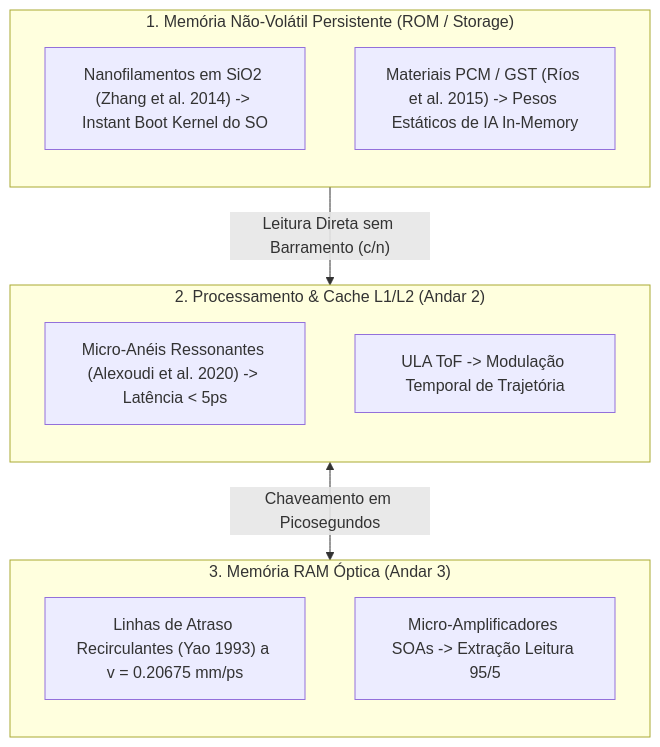
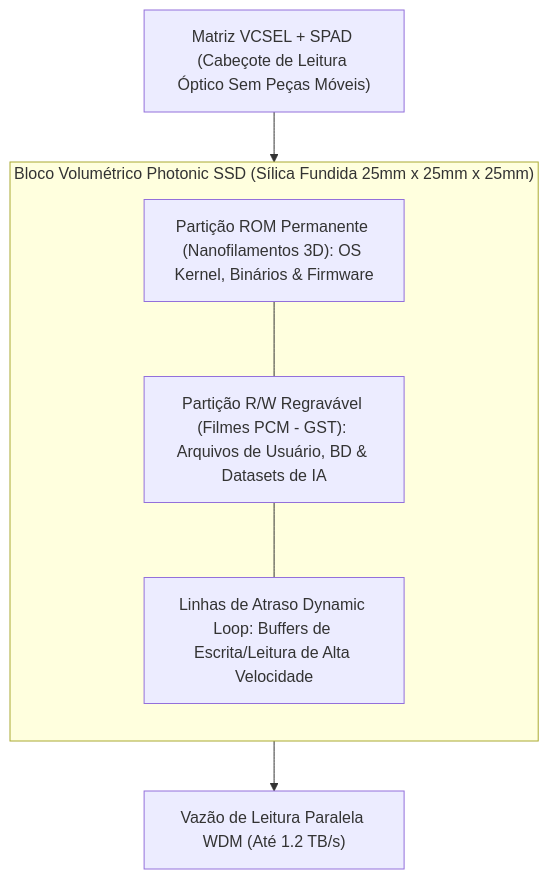
Before and after one commit to Roliveira96/SilicaCore: the diagram in docs/papers/whitepaper-v1.md, drawn with Mermaid. The commit also changed other lines of this file and 6 other files, not shown here.

Commit message:
feat(storage): adiciona arquitetura Photonic SSD para armazenamento em massa em vidro de sílica (Project Silica/PCM)

````diff
--- a/docs/papers/whitepaper-v1.md
+++ b/docs/papers/whitepaper-v1.md
@@ -57,23 +46,15 @@
 ```mermaid
 flowchart TD
-    subgraph MemoriaNaoVolatil["1. Memória Não-Volátil Persistente (ROM / Storage)"]
+    subgraph CuboSSD["Bloco Volumétrico Photonic SSD (Sílica Fundida 25mm x 25mm x 25mm)"]
         direction TB
-        ROM1["Nanofilamentos em SiO2 (Zhang et al. 2014) -> Instant Boot Kernel do SO"]
-        ROM2["Materiais PCM / GST (Ríos et al. 2015) -> Pesos Estáticos de IA In-Memory"]
+        ParticaoROM["Partição ROM Permanente (Nanofilamentos 3D): OS Kernel, Binários & Firmware"]
+        ParticaoPCM["Partição R/W Regravável (Filmes PCM - GST): Arquivos de Usuário, BD & Datasets de IA"]
+        ParticaoCache["Linhas de Atraso Dynamic Loop: Buffers de Escrita/Leitura de Alta Velocidade"]
+        
+        ParticaoROM --- ParticaoPCM
+        ParticaoPCM --- ParticaoCache
     end
 
-    subgraph CacheEULA["2. Processamento & Cache L1/L2 (Andar 2)"]
-        direction TB
-        CacheL1["Micro-Anéis Ressonantes (Alexoudi et al. 2020) -> Latência < 5ps"]
-        ULAToF["ULA ToF -> Modulação Temporal de Trajetória"]
-    end
-
-    subgraph RAMOptica["3. Memória RAM Óptica (Andar 3)"]
-        direction TB
-        RAMLoop["Linhas de Atraso Recirculantes (Yao 1993) a v = 0.20675 mm/ps"]
-        SOA["Micro-Amplificadores SOAs -> Extração Leitura 95/5"]
-    end
-
-    MemoriaNaoVolatil -- "Leitura Direta sem Barramento (c/n)" --> CacheEULA
-    CacheEULA <--> |"Chaveamento em Picosegundos"| RAMOptica
+    CabecoteLeitura["Matriz VCSEL + SPAD (Cabeçote de Leitura Óptico Sem Peças Móveis)"] --> CuboSSD
+    CuboSSD --> OutputData["Vazão de Leitura Paralela WDM (Até 1.2 TB/s)"]
 ```
````
